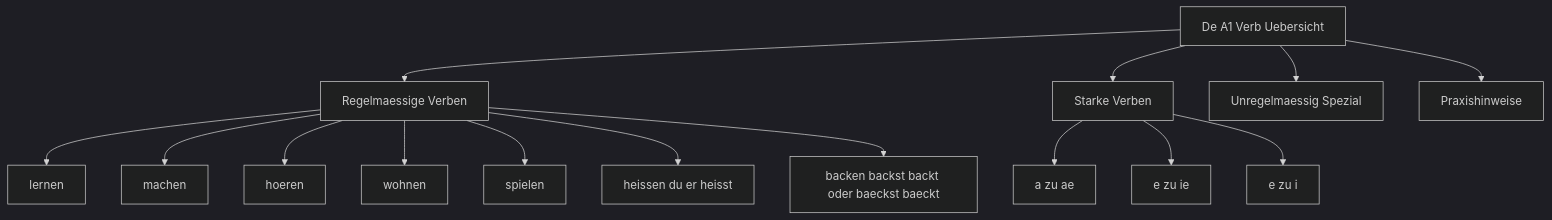
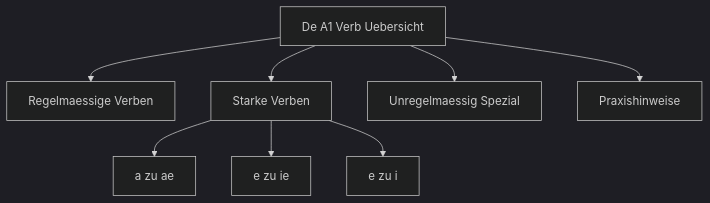
Before and after one commit to ChenChiWang/chenchiwang.github.io: the diagram in _projects/Deutsch Cheat Sheet - Verb.md, drawn with Mermaid (dark theme).

Commit message:
a1 UPDATE test

```diff
--- a/_projects/Deutsch Cheat Sheet - Verb.md
+++ b/_projects/Deutsch Cheat Sheet - Verb.md
@@ -120,20 +120,12 @@
 <div class="mermaid">
 graph TD;
     A[De A1 Verb Uebersicht] --> R[Regelmaessige Verben];
     A --> S[Starke Verben];
     A --> U[Unregelmaessig Spezial];
     A --> P[Praxishinweise];
 
-    R --> R1[lernen];
-    R --> R2[machen];
-    R --> R3[hoeren];
-    R --> R4[wohnen];
-    R --> R5[spielen];
-    R --> R6[heissen du er heisst];
-    R --> R7[backen backst backt oder baeckst baeckt];
-
     S --> Sa[a zu ae];
     S --> Se[e zu ie];
     S --> Si[e zu i];
 
 </div>
```
